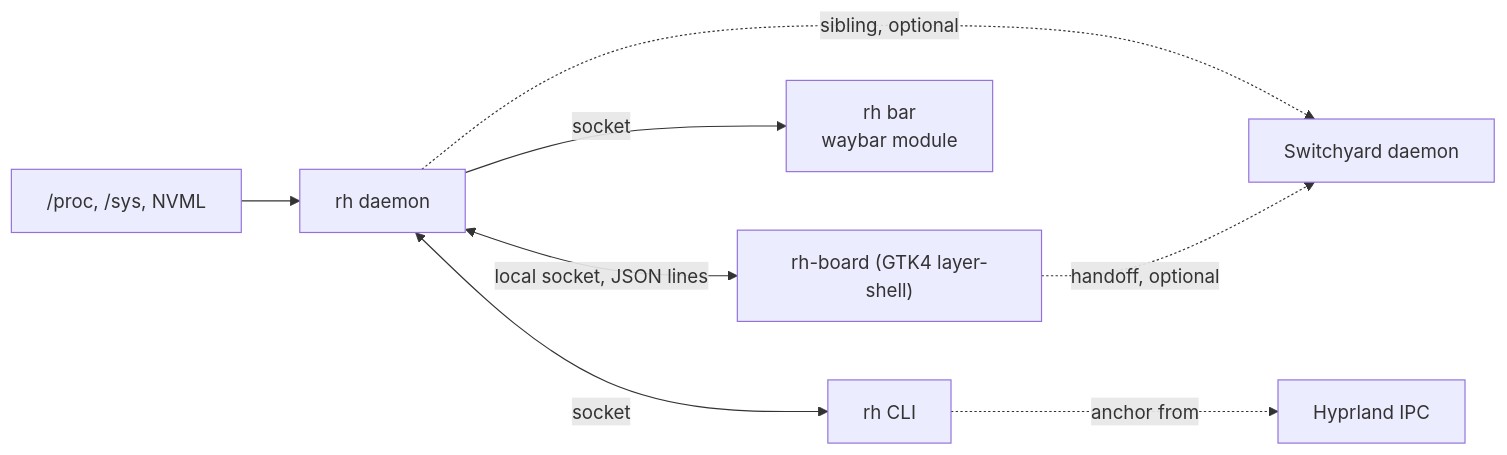
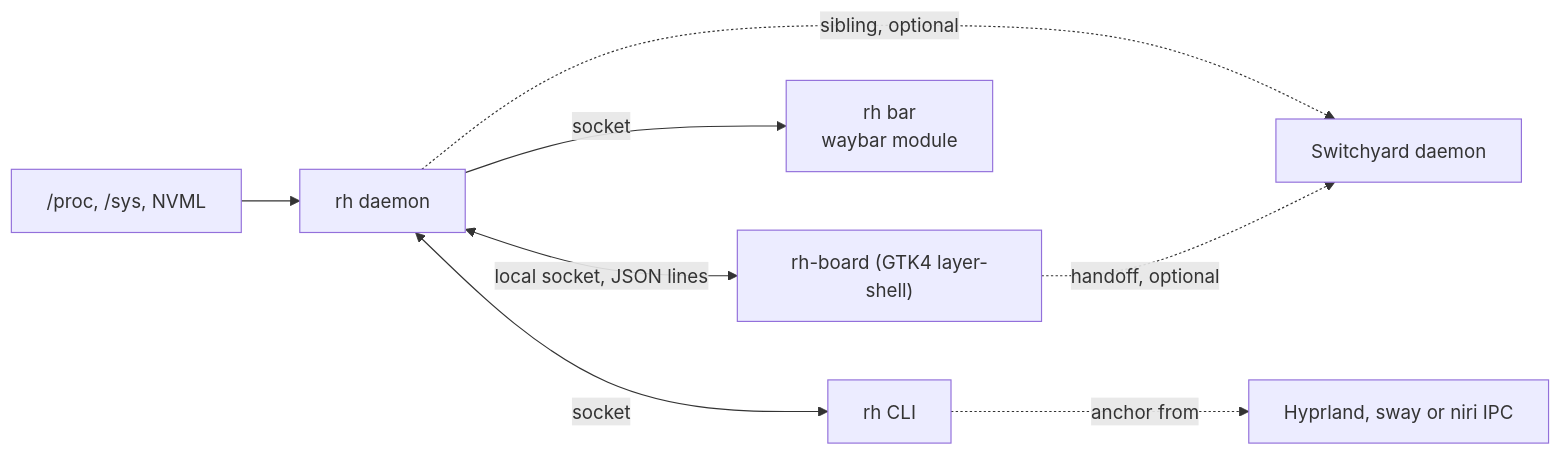
The diagram in docs/design.md (NathanielInman/roundhouse), drawn with Mermaid before and after one commit. The commit also changed other lines of this file and 4 other files, not shown here.

First line of the commit message:
feat(cli): open the drawer from the clicked bar under sway and niri

````diff
--- a/docs/design.md
+++ b/docs/design.md
@@ -38,10 +38,10 @@
 ```mermaid
 flowchart LR
   K["/proc, /sys, NVML"] --> D["rh daemon"]
   D <-- "local socket, JSON lines" --> B["rh-board (GTK4 layer-shell)"]
   D -- socket --> W["rh bar<br/>waybar module"]
   D <-- socket --> C["rh CLI"]
   D -. "sibling, optional" .-> Y["Switchyard daemon"]
   B -. "handoff, optional" .-> Y
-  C -. "anchor from" .-> H["Hyprland IPC"]
+  C -. "anchor from" .-> H["Hyprland, sway or niri IPC"]
 ```
````
